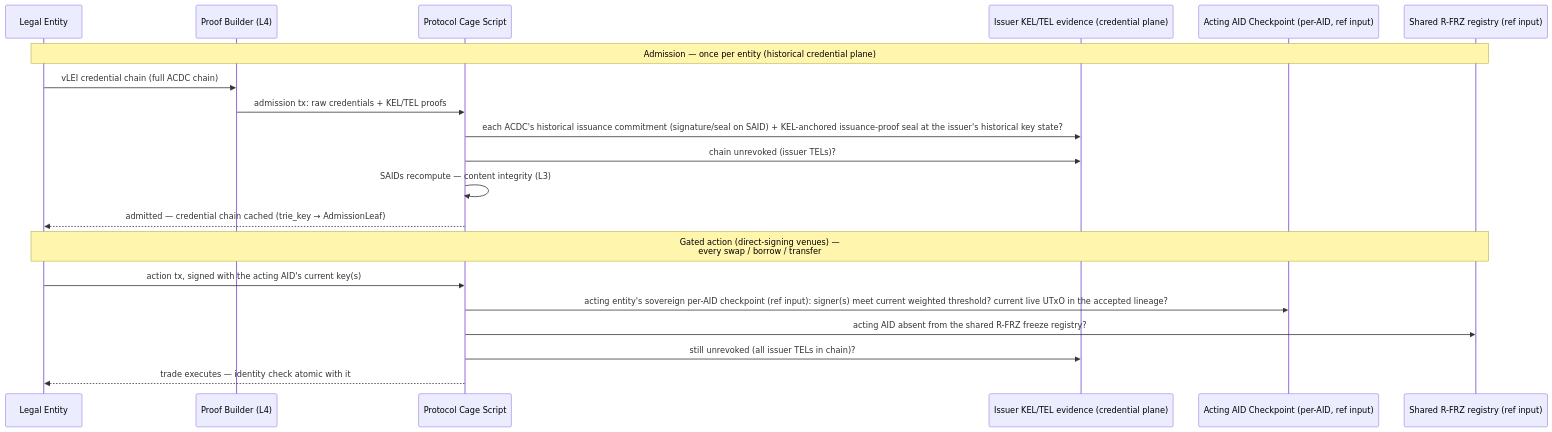
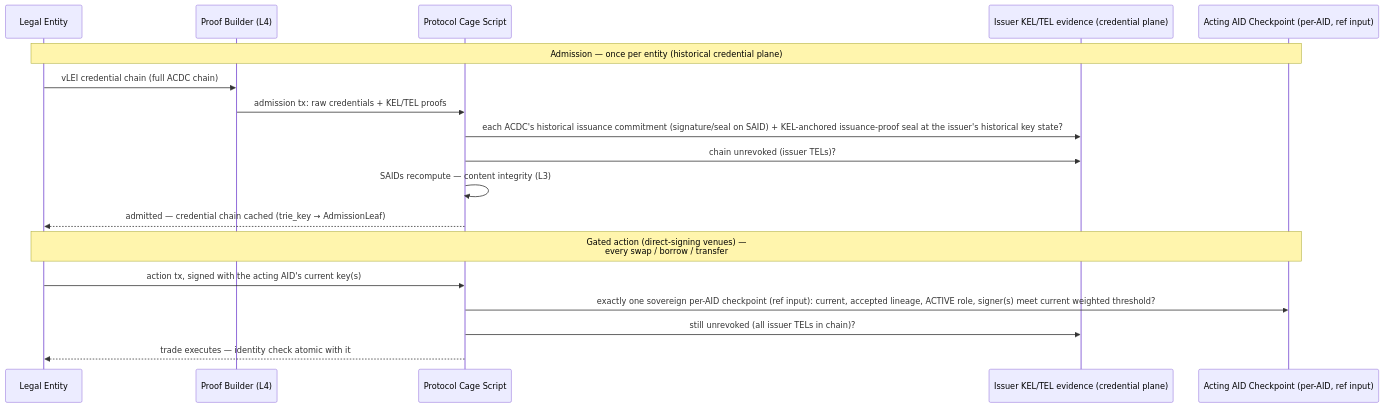
Before and after one commit to lambdasistemi/cardano-keri: the diagram in docs/design/defi-gate.md, drawn with Mermaid. The commit also changed other lines of this file and 24 other files, not shown here.

````diff
--- a/docs/design/defi-gate.md
+++ b/docs/design/defi-gate.md
@@ -133,24 +142,22 @@
 ```mermaid
 sequenceDiagram
     participant LE as Legal Entity
     participant PB as Proof Builder (L4)
     participant Cage as Protocol Cage Script
     participant Cred as Issuer KEL/TEL evidence (credential plane)
     participant Chk as Acting AID Checkpoint (per-AID, ref input)
-    participant FRZ as Shared R-FRZ registry (ref input)
 
-    Note over LE,FRZ: Admission — once per entity (historical credential plane)
+    Note over LE,Chk: Admission — once per entity (historical credential plane)
     LE->>PB: vLEI credential chain (full ACDC chain)
     PB->>Cage: admission tx: raw credentials + KEL/TEL proofs
     Cage->>Cred: each ACDC's historical issuance commitment (signature/seal on SAID) + KEL-anchored issuance-proof seal at the issuer's historical key state?
     Cage->>Cred: chain unrevoked (issuer TELs)?
     Cage->>Cage: SAIDs recompute — content integrity (L3)
     Cage-->>LE: admitted — credential chain cached (trie_key → AdmissionLeaf)
 
-    Note over LE,FRZ: Gated action (direct-signing venues) —<br/>every swap / borrow / transfer
+    Note over LE,Chk: Gated action (direct-signing venues) —<br/>every swap / borrow / transfer
     LE->>Cage: action tx, signed with the acting AID's current key(s)
-    Cage->>Chk: acting entity's sovereign per-AID checkpoint (ref input): signer(s) meet current weighted threshold? current live UTxO in the accepted lineage?
-    Cage->>FRZ: acting AID absent from the shared R-FRZ freeze registry?
+    Cage->>Chk: exactly one sovereign per-AID checkpoint (ref input): current, accepted lineage, ACTIVE role, signer(s) meet current weighted threshold?
     Cage->>Cred: still unrevoked (all issuer TELs in chain)?
     Cage-->>LE: trade executes — identity check atomic with it
 ```
````
